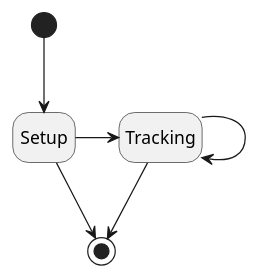
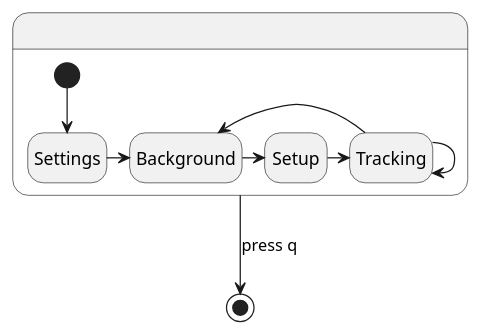
Before and after one commit to NewTec-GmbH/SpaceShipRadar: the diagram in doc/uml/state.puml, drawn with PlantUML. The commit also changed 1 other file, not shown here.

Commit message:
updated state diagram

```diff
--- a/doc/uml/state.puml
+++ b/doc/uml/state.puml
@@ -1,13 +1,20 @@
 @startuml state
 hide empty description
 
+state .{
 state Setup
 state Tracking
+state Settings
+state Background
 
-[*] --> Setup
+[*] --> Settings
+Settings -> Background
+Background -> Setup
 Setup -> Tracking
-Setup --> [*]
 Tracking -> Tracking
-Tracking --> [*]
+Tracking -> Background
+}
+
+. --> [*] : press q
 
 @enduml
```
